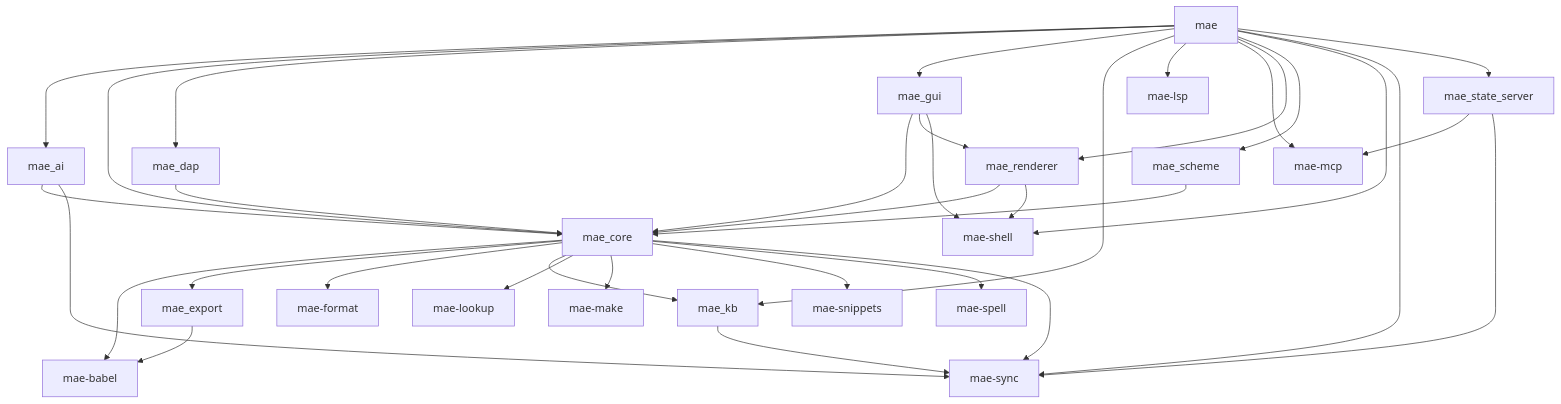
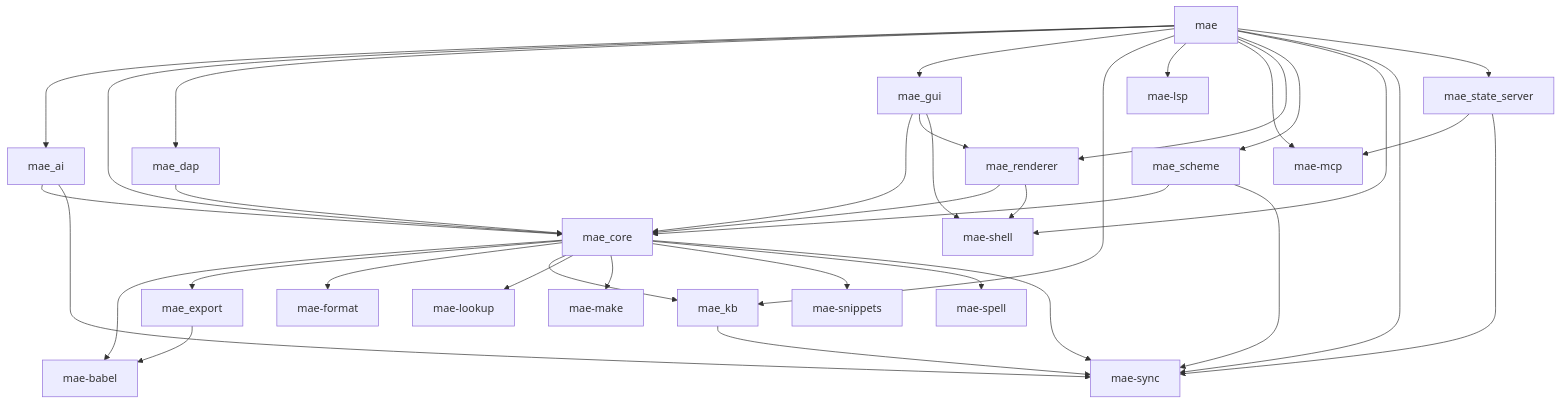
The diagram in docs/CODE_MAP.md (cuttlefisch/mae), drawn with Mermaid before and after one commit. The commit also changed other lines of this file and 18 other files, not shown here.

````diff
--- a/docs/CODE_MAP.md
+++ b/docs/CODE_MAP.md
@@ -7,47 +7,48 @@
 ```mermaid
 graph TD
     mae --> mae_ai
     mae --> mae_core
     mae --> mae_dap
     mae --> mae_gui
     mae --> mae_kb
     mae --> mae_lsp
     mae --> mae_mcp
     mae --> mae_renderer
     mae --> mae_scheme
     mae --> mae_shell
     mae --> mae_sync
     mae --> mae_state_server
     mae_ai --> mae_core
     mae_ai --> mae_sync
     mae_babel[mae-babel]
     mae_core --> mae_babel
     mae_core --> mae_export
     mae_core --> mae_format
     mae_core --> mae_kb
     mae_core --> mae_lookup
     mae_core --> mae_make
     mae_core --> mae_snippets
     mae_core --> mae_spell
     mae_core --> mae_sync
     mae_dap --> mae_core
     mae_export --> mae_babel
     mae_format[mae-format]
     mae_gui --> mae_core
     mae_gui --> mae_renderer
     mae_gui --> mae_shell
     mae_kb --> mae_sync
     mae_lookup[mae-lookup]
     mae_lsp[mae-lsp]
     mae_make[mae-make]
     mae_mcp[mae-mcp]
     mae_renderer --> mae_core
     mae_renderer --> mae_shell
     mae_scheme --> mae_core
+    mae_scheme --> mae_sync
     mae_shell[mae-shell]
     mae_snippets[mae-snippets]
     mae_spell[mae-spell]
     mae_state_server --> mae_mcp
     mae_state_server --> mae_sync
     mae_sync[mae-sync]
 ```
````
